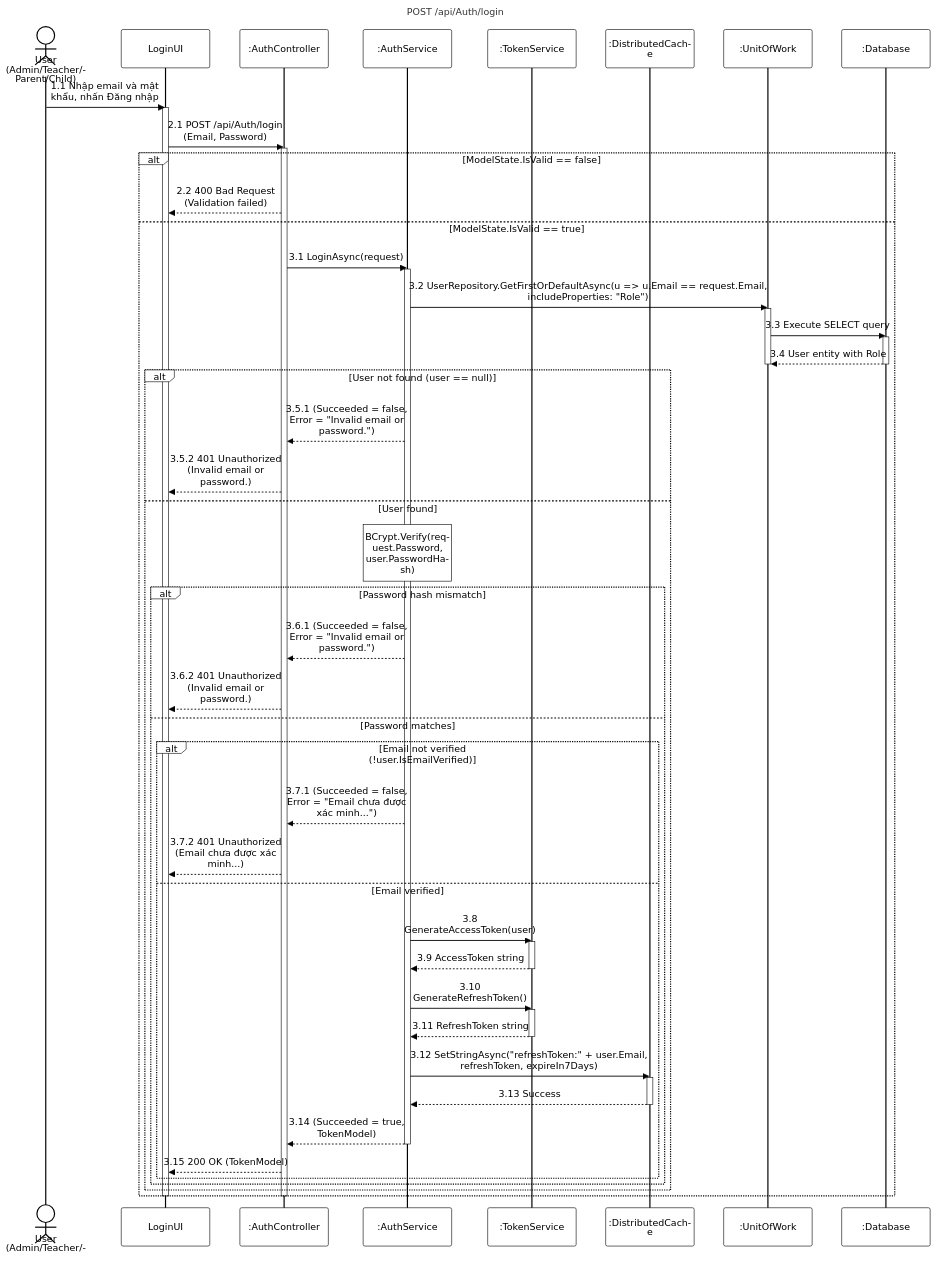
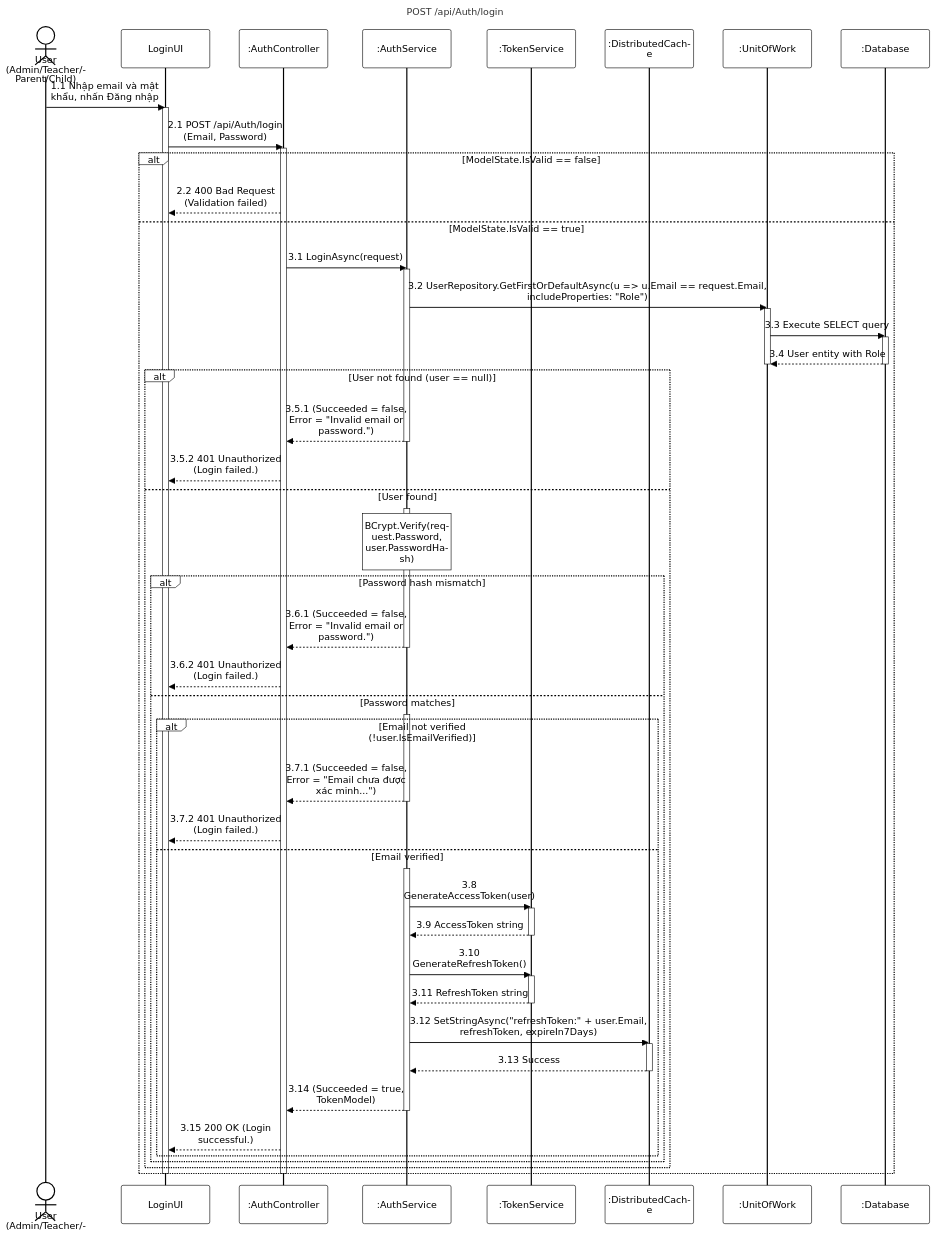
The diagram in 01-authentication/sequence-diagram/apis/login.mmd (PhucAnDev/docx-diagram), drawn with Mermaid before and after one commit. The commit also changed 2 other files, not shown here.

Commit message:
fix: update login.mmd and refresh-token.mmd error/success messages, exception Handling try/catch block, and activations

```diff
--- a/01-authentication/sequence-diagram/apis/login.mmd
+++ b/01-authentication/sequence-diagram/apis/login.mmd
@@ -1,68 +1,74 @@
 %%{init: {'theme':'base', 'themeVariables': {'actorBkg':'#ffffff','actorBorder':'#000000','actorTextColor':'#000000','actorLineColor':'#000000','signalColor':'#000000','signalTextColor':'#000000','labelBoxBkgColor':'#ffffff','labelBoxBorderColor':'#000000','labelTextColor':'#000000','loopTextColor':'#000000','noteBkgColor':'#ffffff','noteBorderColor':'#000000','noteTextColor':'#000000','activationBorderColor':'#000000','activationBkgColor':'#ffffff','sequenceNumberColor':'#000000'}, 'sequence': {'width':150,'height':65,'actorFontSize':16,'messageFontSize':16,'wrap':true,'wrapPadding':10}}}%%
 sequenceDiagram
     title POST /api/Auth/login
     actor User as User (Admin/Teacher/Parent/Child)
     participant UI as LoginUI
     participant Endpoint as :AuthController
     participant Service as :AuthService
     participant TokenService as :TokenService
     participant Cache as :DistributedCache
     participant DB as :UnitOfWork
     participant Database as :Database
 
     User->>UI: 1.1 Nhập email và mật khẩu, nhấn Đăng nhập
     activate UI
     UI->>Endpoint: 2.1 POST /api/Auth/login (Email, Password)
     activate Endpoint
 
     alt ModelState.IsValid == false
         Endpoint-->>UI: 2.2 400 Bad Request (Validation failed)
     else ModelState.IsValid == true
         Endpoint->>Service: 3.1 LoginAsync(request)
         activate Service
         
         Service->>DB: 3.2 UserRepository.GetFirstOrDefaultAsync(u => u.Email == request.Email, includeProperties: "Role")
         activate DB
         DB->>Database: 3.3 Execute SELECT query
         activate Database
         Database-->>DB: 3.4 User entity with Role
         deactivate Database
         deactivate DB
 
         alt User not found (user == null)
             Service-->>Endpoint: 3.5.1 (Succeeded = false, Error = "Invalid email or password.")
-            Endpoint-->>UI: 3.5.2 401 Unauthorized (Invalid email or password.)
+            deactivate Service
+            Endpoint-->>UI: 3.5.2 401 Unauthorized (Login failed.)
         else User found
+            activate Service
             note over Service: BCrypt.Verify(request.Password, user.PasswordHash)
             alt Password hash mismatch
                 Service-->>Endpoint: 3.6.1 (Succeeded = false, Error = "Invalid email or password.")
-                Endpoint-->>UI: 3.6.2 401 Unauthorized (Invalid email or password.)
+                deactivate Service
+                Endpoint-->>UI: 3.6.2 401 Unauthorized (Login failed.)
             else Password matches
+                activate Service
                 alt Email not verified (!user.IsEmailVerified)
                     Service-->>Endpoint: 3.7.1 (Succeeded = false, Error = "Email chưa được xác minh...")
-                    Endpoint-->>UI: 3.7.2 401 Unauthorized (Email chưa được xác minh...)
+                    deactivate Service
+                    Endpoint-->>UI: 3.7.2 401 Unauthorized (Login failed.)
                 else Email verified
+                    activate Service
                     Service->>TokenService: 3.8 GenerateAccessToken(user)
                     activate TokenService
                     TokenService-->>Service: 3.9 AccessToken string
                     deactivate TokenService
 
                     Service->>TokenService: 3.10 GenerateRefreshToken()
                     activate TokenService
                     TokenService-->>Service: 3.11 RefreshToken string
                     deactivate TokenService
 
                     Service->>Cache: 3.12 SetStringAsync("refreshToken:" + user.Email, refreshToken, expireIn7Days)
                     activate Cache
                     Cache-->>Service: 3.13 Success
                     deactivate Cache
 
                     Service-->>Endpoint: 3.14 (Succeeded = true, TokenModel)
                     deactivate Service
-                    Endpoint-->>UI: 3.15 200 OK (TokenModel)
+                    Endpoint-->>UI: 3.15 200 OK (Login successful.)
                 end
             end
         end
     end
     deactivate Endpoint
     deactivate UI
```
